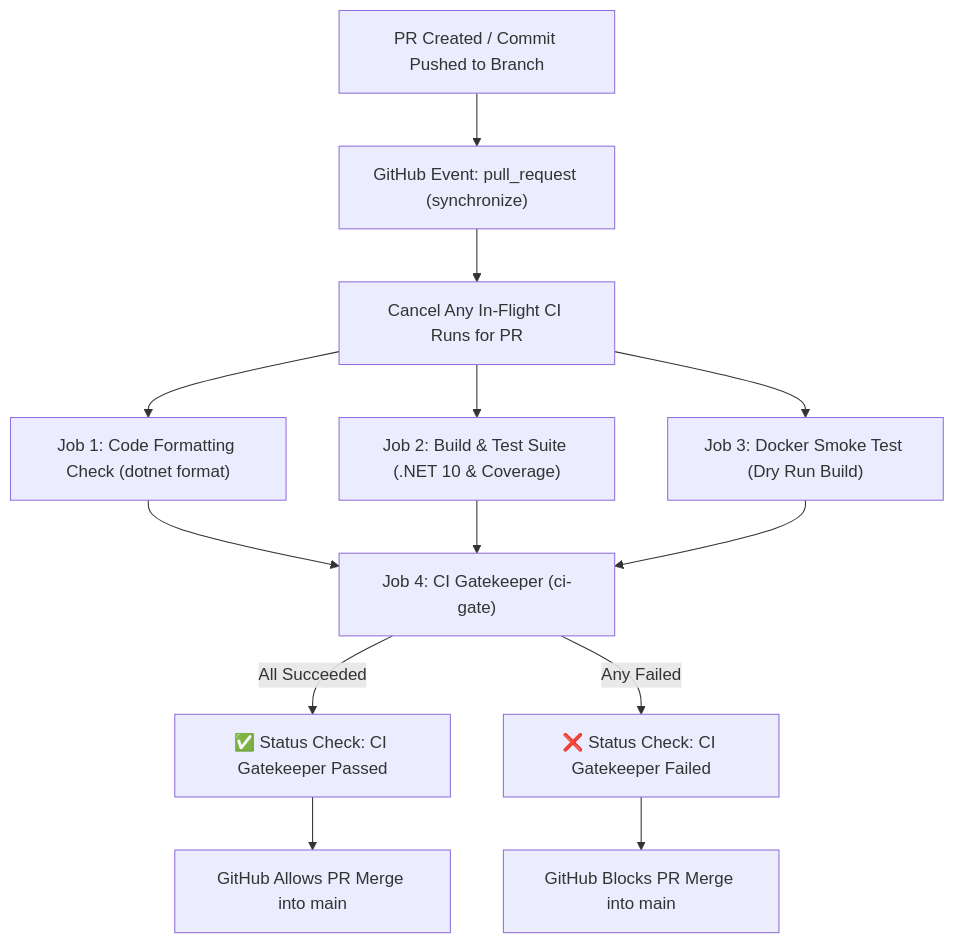
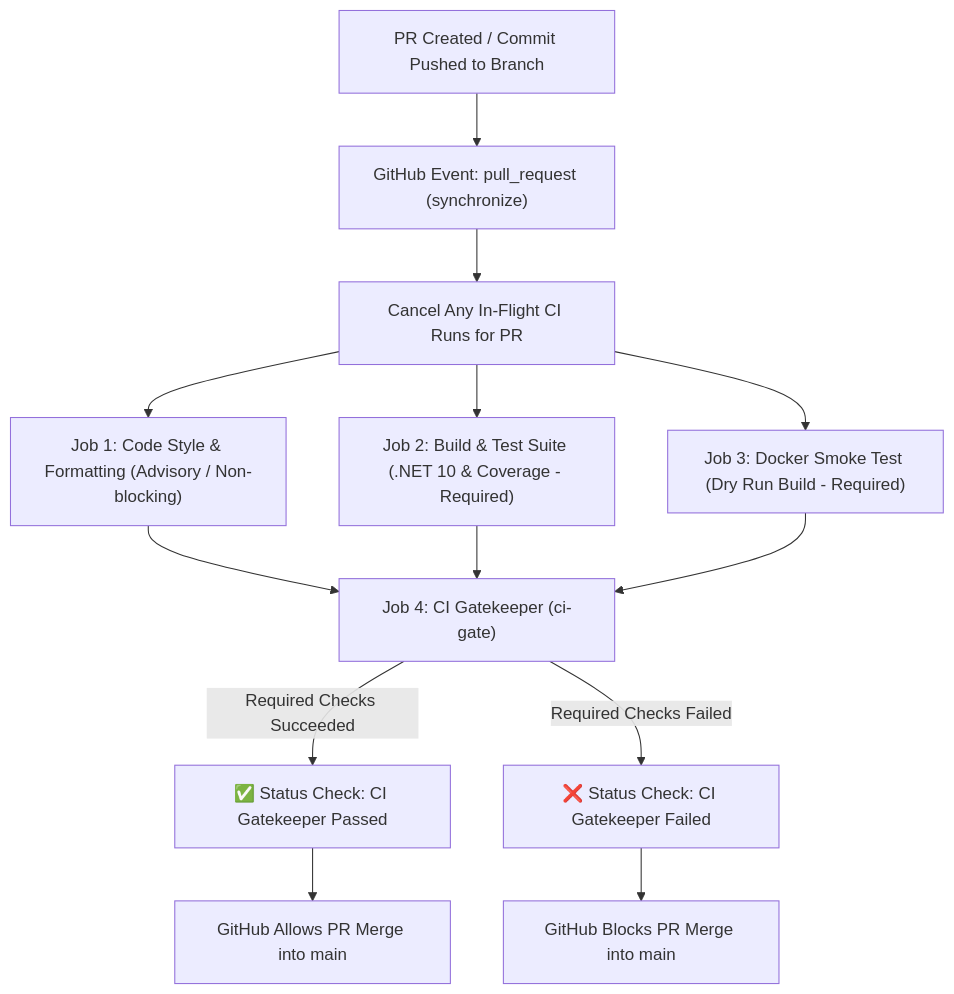
Before and after one commit to jav76/Cantus: the diagram in docs/contributing/github-branch-protection.md, drawn with Mermaid. The commit also changed other lines of this file and 4 other files, not shown here.

Commit message:
chore: add editorconfig, transition CI format check to advisory

````diff
--- a/docs/contributing/github-branch-protection.md
+++ b/docs/contributing/github-branch-protection.md
@@ -17,13 +17,13 @@
 ```mermaid
 flowchart TD
     A["PR Created / Commit Pushed to Branch"] --> B["GitHub Event: pull_request (synchronize)"]
     B --> C["Cancel Any In-Flight CI Runs for PR"]
-    C --> D1["Job 1: Code Formatting Check (dotnet format)"]
-    C --> D2["Job 2: Build & Test Suite (.NET 10 & Coverage)"]
-    C --> D3["Job 3: Docker Smoke Test (Dry Run Build)"]
+    C --> D1["Job 1: Code Style & Formatting (Advisory / Non-blocking)"]
+    C --> D2["Job 2: Build & Test Suite (.NET 10 & Coverage - Required)"]
+    C --> D3["Job 3: Docker Smoke Test (Dry Run Build - Required)"]
     D1 & D2 & D3 --> E["Job 4: CI Gatekeeper (ci-gate)"]
-    E -->|All Succeeded| F["✅ Status Check: CI Gatekeeper Passed"]
-    E -->|Any Failed| G["❌ Status Check: CI Gatekeeper Failed"]
+    E -->|Required Checks Succeeded| F["✅ Status Check: CI Gatekeeper Passed"]
+    E -->|Required Checks Failed| G["❌ Status Check: CI Gatekeeper Failed"]
     F --> H["GitHub Allows PR Merge into main"]
     G --> I["GitHub Blocks PR Merge into main"]
 ```
````
